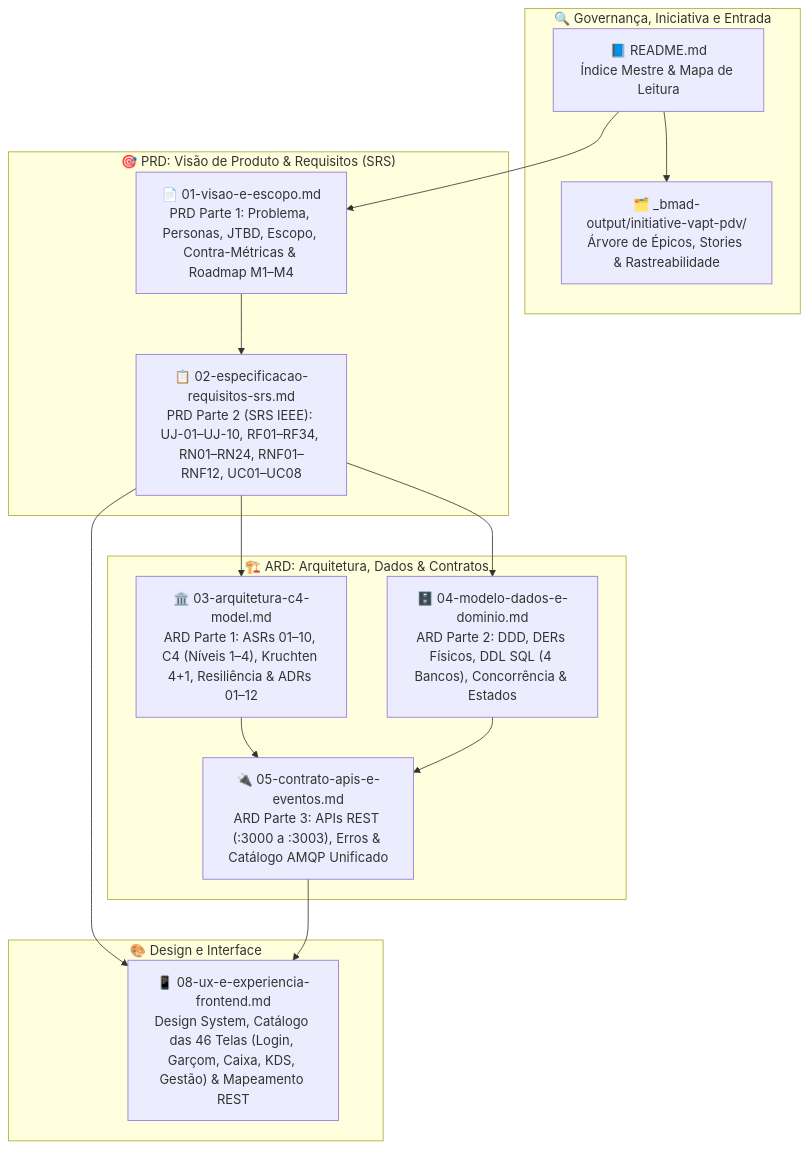
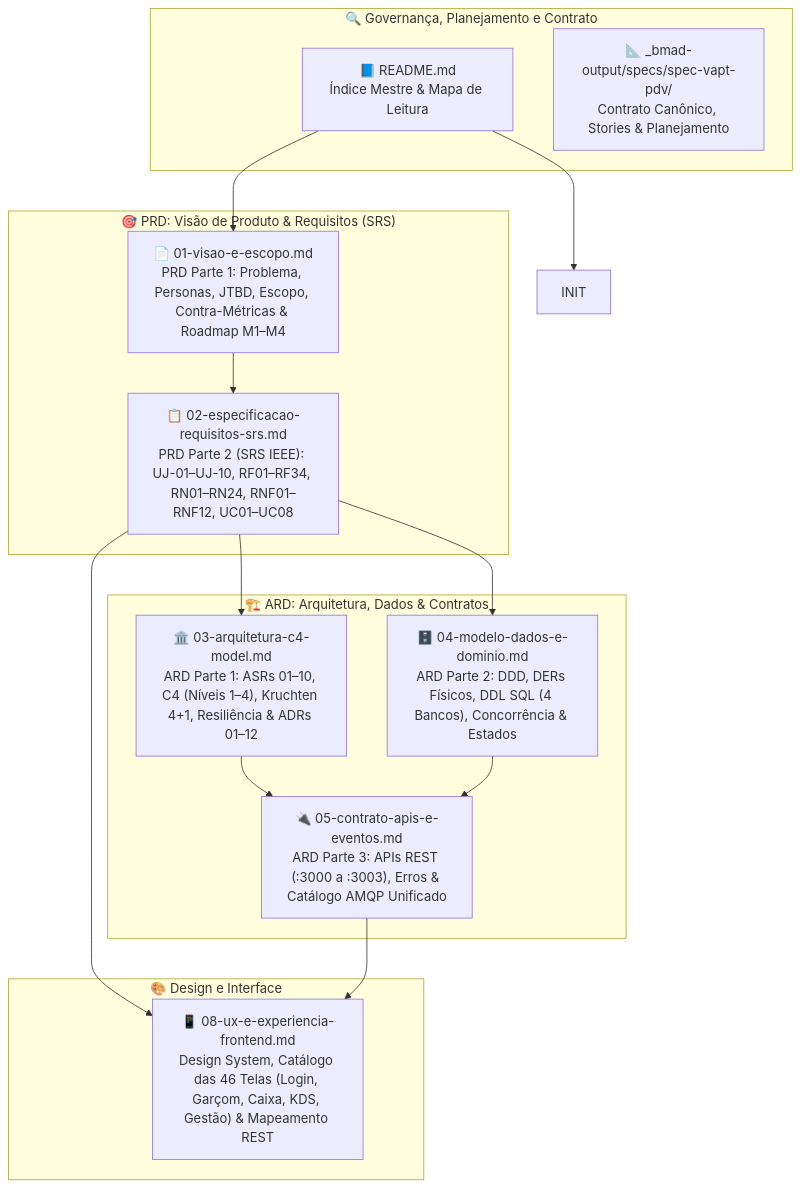
One commit to kaiofranca/vapt-pdv changed the second of 2 diagrams in docs/engenharia/README.md. Above: the diagram before and after it, drawn with Mermaid. The commit also changed other lines of this file and 28 other files, not shown here.

````diff
--- a/docs/engenharia/README.md
+++ b/docs/engenharia/README.md
@@ -59,32 +59,32 @@
 ```mermaid
 flowchart TB
-    subgraph Governanca["🔍 Governança, Iniciativa e Entrada"]
+    subgraph Governanca["🔍 Governança, Planejamento e Contrato"]
         README["📘 README.md\nÍndice Mestre & Mapa de Leitura"]
-        INIT["🗂️ _bmad-output/initiative-vapt-pdv/\nÁrvore de Épicos, Stories & Rastreabilidade"]
+        SPEC["📐 _bmad-output/specs/spec-vapt-pdv/\nContrato Canônico, Stories & Planejamento"]
     end
 
     subgraph Produto["🎯 PRD: Visão de Produto & Requisitos (SRS)"]
         DOC01["📄 01-visao-e-escopo.md\nPRD Parte 1: Problema, Personas, JTBD, Escopo, Contra-Métricas & Roadmap M1–M4"]
         DOC02["📋 02-especificacao-requisitos-srs.md\nPRD Parte 2 (SRS IEEE): UJ-01–UJ-10, RF01–RF34, RN01–RN24, RNF01–RNF12, UC01–UC08"]
     end
 
     subgraph Arquitetura["🏗️ ARD: Arquitetura, Dados & Contratos"]
         DOC03["🏛️ 03-arquitetura-c4-model.md\nARD Parte 1: ASRs 01–10, C4 (Níveis 1–4), Kruchten 4+1, Resiliência & ADRs 01–12"]
         DOC04["🗄️ 04-modelo-dados-e-dominio.md\nARD Parte 2: DDD, DERs Físicos, DDL SQL (4 Bancos), Concorrência & Estados"]
         DOC05["🔌 05-contrato-apis-e-eventos.md\nARD Parte 3: APIs REST (:3000 a :3003), Erros & Catálogo AMQP Unificado"]
     end
 
     subgraph Experiencia["🎨 Design e Interface"]
         DOC08["📱 08-ux-e-experiencia-frontend.md\nDesign System, Catálogo das 46 Telas (Login, Garçom, Caixa, KDS, Gestão) & Mapeamento REST"]
     end
 
     README --> INIT
     README --> DOC01
     DOC01 --> DOC02
     DOC02 --> DOC03
     DOC02 --> DOC04
     DOC03 --> DOC05
     DOC04 --> DOC05
     DOC02 --> DOC08
     DOC05 --> DOC08
 ```
````
